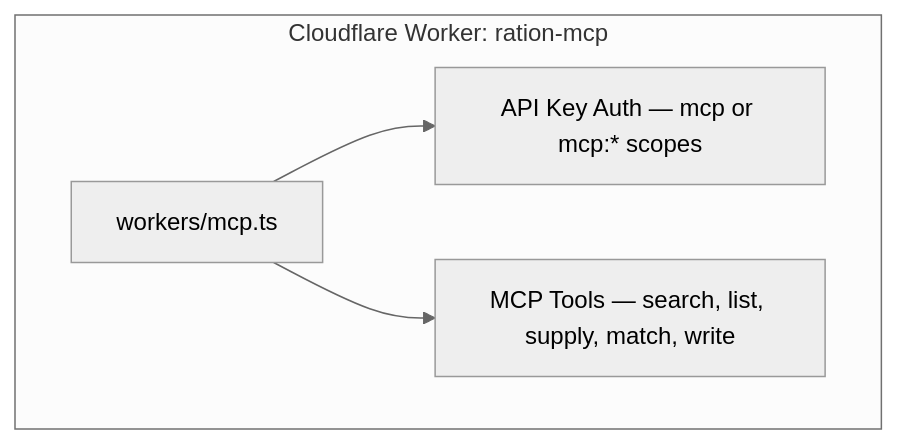
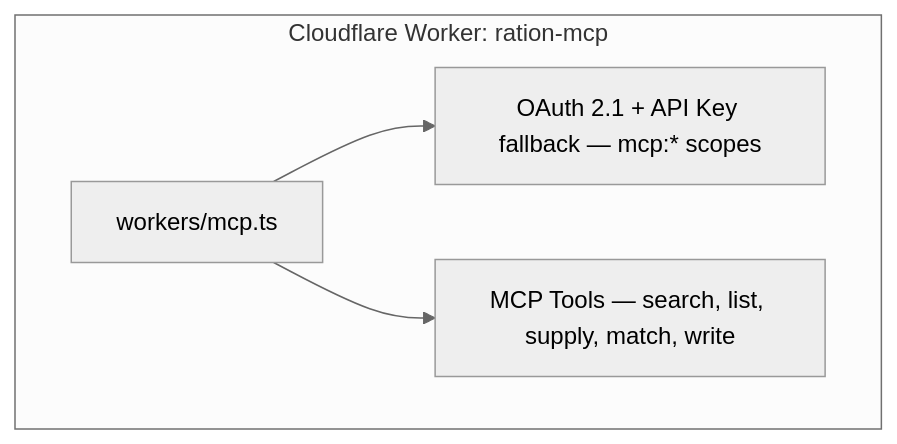
One commit to bjamesdowning/ration-mirror changed the third of 21 diagrams in README.md. Above: the diagram before and after it, drawn with Mermaid (neutral theme). The commit also changed other lines of this file and 30 other files, not shown here.

First line of the commit message:
fix: unblock Workers Builds, upgrade Gemini, OAuth-first MCP docs

````diff
--- a/README.md
+++ b/README.md
@@ -115,10 +116,10 @@
 ```mermaid
 flowchart TB
     subgraph McpWorker["Cloudflare Worker: ration-mcp"]
         McpHandler["workers/mcp.ts"]
-        McpAuth["API Key Auth — mcp or mcp:* scopes"]
+        McpAuth["OAuth 2.1 + API Key fallback — mcp:* scopes"]
         McpTools["MCP Tools — search, list, supply, match, write"]
         McpHandler --> McpAuth
         McpHandler --> McpTools
     end
 ```
````
